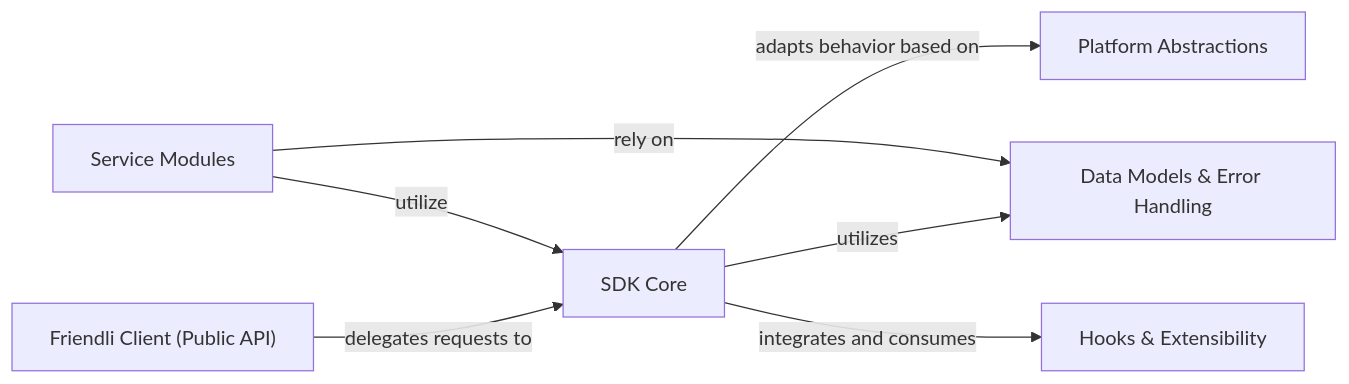
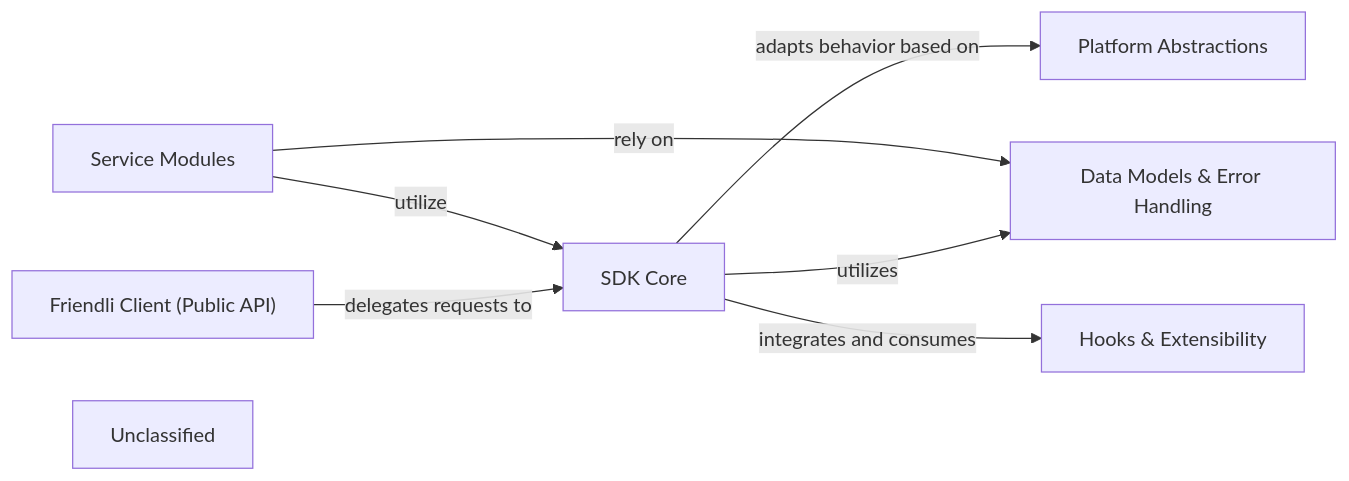
One commit to friendliai/friendli-python changed the diagram in docs/architecture/overview.md. Above: the diagram before and after it, drawn with Mermaid. The commit also changed other lines of this file and 4 other files, not shown here.

First line of the commit message:
docs: update codeboarding architecture documentation

````diff
--- a/docs/architecture/overview.md
+++ b/docs/architecture/overview.md
@@ -1,21 +1,22 @@
 ```mermaid
 graph LR
     Friendli_Client_Public_API_["Friendli Client (Public API)"]
     SDK_Core["SDK Core"]
     Service_Modules["Service Modules"]
     Data_Models_Error_Handling["Data Models & Error Handling"]
     Platform_Abstractions["Platform Abstractions"]
     Hooks_Extensibility["Hooks & Extensibility"]
+    Unclassified["Unclassified"]
     Friendli_Client_Public_API_ -- "delegates requests to" --> SDK_Core
     SDK_Core -- "utilizes" --> Data_Models_Error_Handling
     SDK_Core -- "adapts behavior based on" --> Platform_Abstractions
     SDK_Core -- "integrates and consumes" --> Hooks_Extensibility
     Service_Modules -- "utilize" --> SDK_Core
     Service_Modules -- "rely on" --> Data_Models_Error_Handling
     click Friendli_Client_Public_API_ href "https://github.com/CodeBoarding/friendli-python/blob/main/.codeboarding/Friendli_Client_Public_API_.md" "Details"
     click SDK_Core href "https://github.com/CodeBoarding/friendli-python/blob/main/.codeboarding/SDK_Core.md" "Details"
     click Service_Modules href "https://github.com/CodeBoarding/friendli-python/blob/main/.codeboarding/Service_Modules.md" "Details"
     click Data_Models_Error_Handling href "https://github.com/CodeBoarding/friendli-python/blob/main/.codeboarding/Data_Models_Error_Handling.md" "Details"
     click Platform_Abstractions href "https://github.com/CodeBoarding/friendli-python/blob/main/.codeboarding/Platform_Abstractions.md" "Details"
     click Hooks_Extensibility href "https://github.com/CodeBoarding/friendli-python/blob/main/.codeboarding/Hooks_Extensibility.md" "Details"
 ```
````
